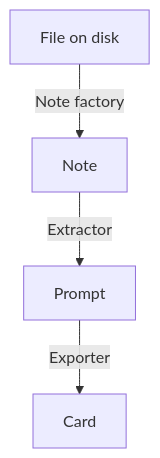
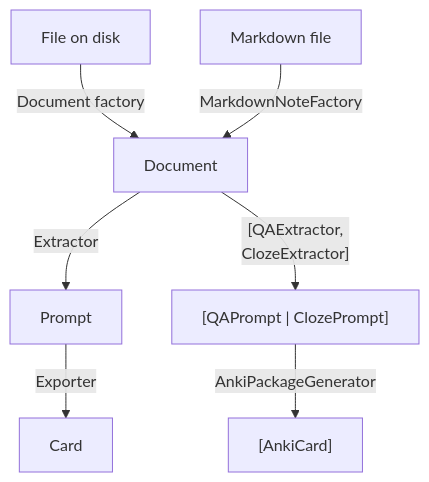
One commit to MartinBernstorff/Memium changed the diagram in readme.md. Above: the diagram before and after it, drawn with Mermaid. The commit also changed other lines of this file, not shown here.

Commit message:
docs: improve readme

````diff
--- a/readme.md
+++ b/readme.md
@@ -16,8 +18,16 @@
 ```mermaid
 
 graph TD 
 	FD["File on disk"]
-	FD -- Note factory --> Note
-	Note -- Extractor --> Prompt
+	FD -- Document factory --> Document
+	Document -- Extractor --> Prompt
 	Prompt -- Exporter --> Card 
+ 
+	MD["Markdown file"]
+	 Prompts["[QAPrompt | ClozePrompt]"]
+  Cards["[AnkiCard]"]
+ 
+	MD -- MarkdownNoteFactory --> Document
+	Document -- "[QAExtractor, \nClozeExtractor]" --> Prompts
+	Prompts -- AnkiPackageGenerator --> Cards
  ```
````
